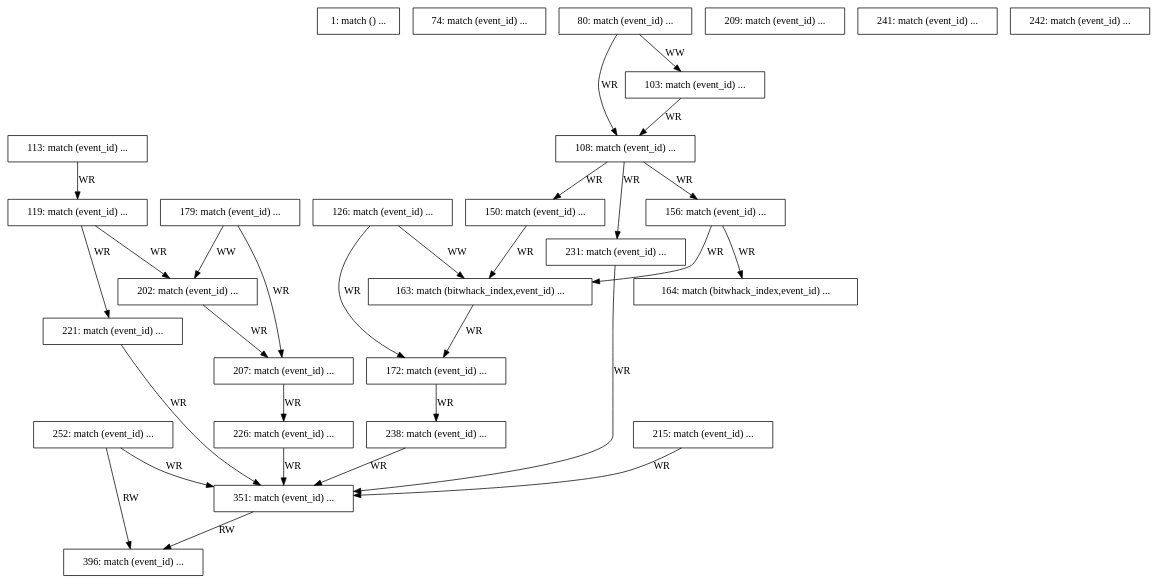
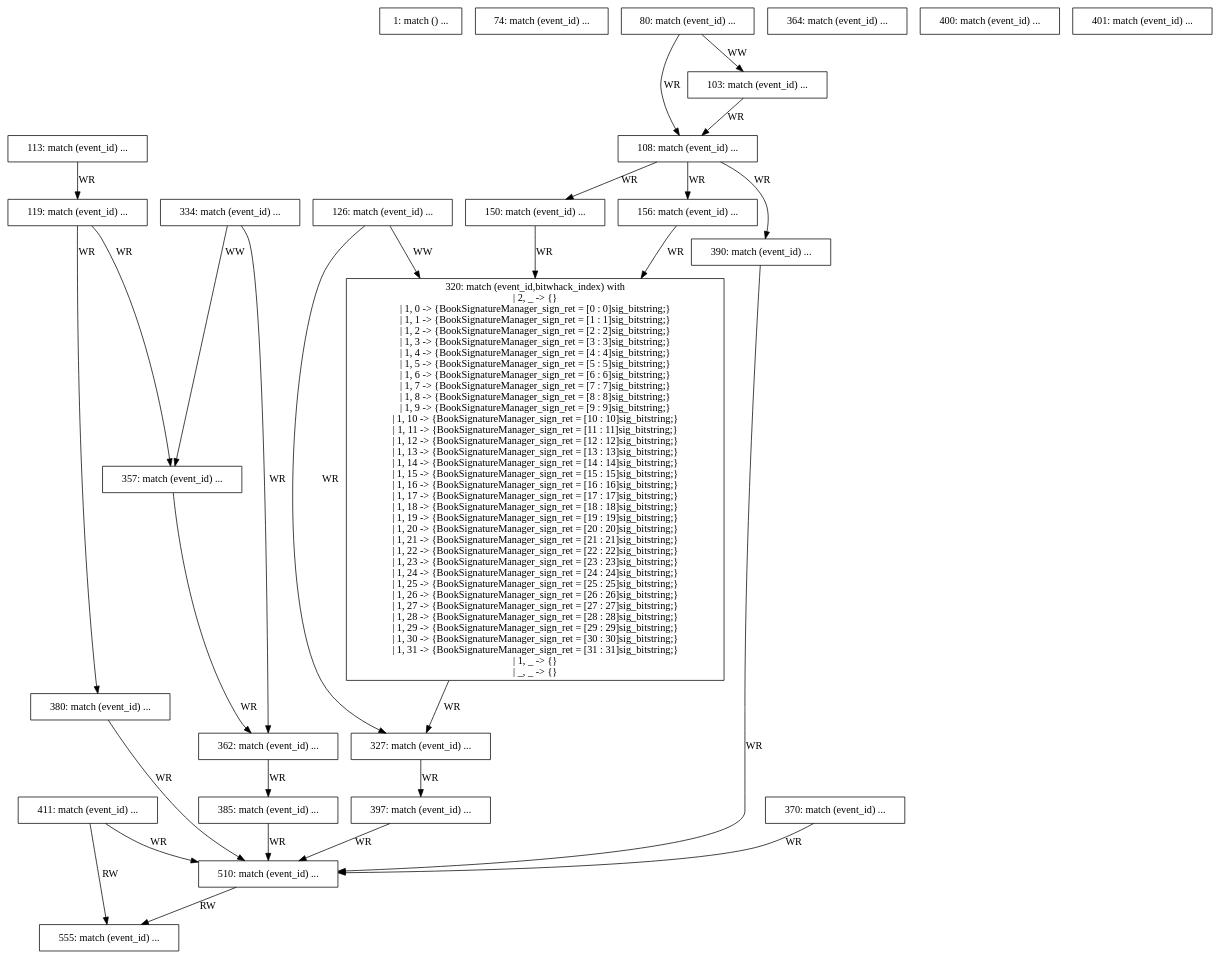
The diagram in target-stress/logs/graphs/dfg.dot (PrincetonUniversity/tango-routing), drawn with Graphviz before and after one commit. The commit also changed 14 other files, not shown here.

```diff
--- a/target-stress/logs/graphs/dfg.dot
+++ b/target-stress/logs/graphs/dfg.dot
@@ -19,39 +19,72 @@
 " [shape=box, ];
   "156: match (event_id) ...
 " [shape=box, ];
-  "163: match (bitwhack_index,event_id) ...
+  "320: match (event_id,bitwhack_index) with
+| 2, _ -> {}
+| 1, 0 -> {BookSignatureManager_sign_ret = [0 : 0]sig_bitstring;}
+| 1, 1 -> {BookSignatureManager_sign_ret = [1 : 1]sig_bitstring;}
+| 1, 2 -> {BookSignatureManager_sign_ret = [2 : 2]sig_bitstring;}
+| 1, 3 -> {BookSignatureManager_sign_ret = [3 : 3]sig_bitstring;}
+| 1, 4 -> {BookSignatureManager_sign_ret = [4 : 4]sig_bitstring;}
+| 1, 5 -> {BookSignatureManager_sign_ret = [5 : 5]sig_bitstring;}
+| 1, 6 -> {BookSignatureManager_sign_ret = [6 : 6]sig_bitstring;}
+| 1, 7 -> {BookSignatureManager_sign_ret = [7 : 7]sig_bitstring;}
+| 1, 8 -> {BookSignatureManager_sign_ret = [8 : 8]sig_bitstring;}
+| 1, 9 -> {BookSignatureManager_sign_ret = [9 : 9]sig_bitstring;}
+| 1, 10 -> {BookSignatureManager_sign_ret = [10 : 10]sig_bitstring;}
+| 1, 11 -> {BookSignatureManager_sign_ret = [11 : 11]sig_bitstring;}
+| 1, 12 -> {BookSignatureManager_sign_ret = [12 : 12]sig_bitstring;}
+| 1, 13 -> {BookSignatureManager_sign_ret = [13 : 13]sig_bitstring;}
+| 1, 14 -> {BookSignatureManager_sign_ret = [14 : 14]sig_bitstring;}
+| 1, 15 -> {BookSignatureManager_sign_ret = [15 : 15]sig_bitstring;}
+| 1, 16 -> {BookSignatureManager_sign_ret = [16 : 16]sig_bitstring;}
+| 1, 17 -> {BookSignatureManager_sign_ret = [17 : 17]sig_bitstring;}
+| 1, 18 -> {BookSignatureManager_sign_ret = [18 : 18]sig_bitstring;}
+| 1, 19 -> {BookSignatureManager_sign_ret = [19 : 19]sig_bitstring;}
+| 1, 20 -> {BookSignatureManager_sign_ret = [20 : 20]sig_bitstring;}
+| 1, 21 -> {BookSignatureManager_sign_ret = [21 : 21]sig_bitstring;}
+| 1, 22 -> {BookSignatureManager_sign_ret = [22 : 22]sig_bitstring;}
+| 1, 23 -> {BookSignatureManager_sign_ret = [23 : 23]sig_bitstring;}
+| 1, 24 -> {BookSignatureManager_sign_ret = [24 : 24]sig_bitstring;}
+| 1, 25 -> {BookSignatureManager_sign_ret = [25 : 25]sig_bitstring;}
+| 1, 26 -> {BookSignatureManager_sign_ret = [26 : 26]sig_bitstring;}
+| 1, 27 -> {BookSignatureManager_sign_ret = [27 : 27]sig_bitstring;}
+| 1, 28 -> {BookSignatureManager_sign_ret = [28 : 28]sig_bitstring;}
+| 1, 29 -> {BookSignatureManager_sign_ret = [29 : 29]sig_bitstring;}
+| 1, 30 -> {BookSignatureManager_sign_ret = [30 : 30]sig_bitstring;}
+| 1, 31 -> {BookSignatureManager_sign_ret = [31 : 31]sig_bitstring;}
+| 1, _ -> {}
+| _, _ -> {}" [
+  shape=box, ];
+  "327: match (event_id) ...
 " [shape=box, ];
-  "164: match (bitwhack_index,event_id) ...
+  "334: match (event_id) ...
 " [shape=box, ];
-  "172: match (event_id) ...
+  "357: match (event_id) ...
 " [shape=box, ];
-  "179: match (event_id) ...
+  "362: match (event_id) ...
 " [shape=box, ];
-  "202: match (event_id) ...
+  "364: match (event_id) ...
 " [shape=box, ];
-  "207: match (event_id) ...
+  "370: match (event_id) ...
 " [shape=box, ];
-  "209: match (event_id) ...
+  "380: match (event_id) ...
 " [shape=box, ];
-  "215: match (event_id) ...
+  "385: match (event_id) ...
 " [shape=box, ];
-  "221: match (event_id) ...
+  "390: match (event_id) ...
 " [shape=box, ];
-  "226: match (event_id) ...
+  "397: match (event_id) ...
 " [shape=box, ];
-  "231: match (event_id) ...
+  "400: match (event_id) ...
 " [shape=box, ];
-  "238: match (event_id) ...
+  "401: match (event_id) ...
 " [shape=box, ];
-  "241: match (event_id) ...
+  "411: match (event_id) ...
 " [shape=box, ];
-  "242: match (event_id) ...
+  "510: match (event_id) ...
 " [shape=box, ];
-  "252: match (event_id) ...
-" [shape=box, ];
-  "351: match (event_id) ...
-" [shape=box, ];
-  "396: match (event_id) ...
+  "555: match (event_id) ...
 " [shape=box, ];
   
   
@@ -71,78 +104,210 @@
 " -> "156: match (event_id) ...
 " [label="WR", ];
   "108: match (event_id) ...
-" -> "231: match (event_id) ...
+" -> "390: match (event_id) ...
 " [label="WR", ];
   "113: match (event_id) ...
 " -> "119: match (event_id) ...
 " [label="WR", ];
   "119: match (event_id) ...
-" -> "202: match (event_id) ...
+" -> "357: match (event_id) ...
 " [label="WR", ];
   "119: match (event_id) ...
-" -> "221: match (event_id) ...
+" -> "380: match (event_id) ...
 " [label="WR", ];
   "126: match (event_id) ...
-" -> "163: match (bitwhack_index,event_id) ...
-" [
+" -> "320: match (event_id,bitwhack_index) with
+| 2, _ -> {}
+| 1, 0 -> {BookSignatureManager_sign_ret = [0 : 0]sig_bitstring;}
+| 1, 1 -> {BookSignatureManager_sign_ret = [1 : 1]sig_bitstring;}
+| 1, 2 -> {BookSignatureManager_sign_ret = [2 : 2]sig_bitstring;}
+| 1, 3 -> {BookSignatureManager_sign_ret = [3 : 3]sig_bitstring;}
+| 1, 4 -> {BookSignatureManager_sign_ret = [4 : 4]sig_bitstring;}
+| 1, 5 -> {BookSignatureManager_sign_ret = [5 : 5]sig_bitstring;}
+| 1, 6 -> {BookSignatureManager_sign_ret = [6 : 6]sig_bitstring;}
+| 1, 7 -> {BookSignatureManager_sign_ret = [7 : 7]sig_bitstring;}
+| 1, 8 -> {BookSignatureManager_sign_ret = [8 : 8]sig_bitstring;}
+| 1, 9 -> {BookSignatureManager_sign_ret = [9 : 9]sig_bitstring;}
+| 1, 10 -> {BookSignatureManager_sign_ret = [10 : 10]sig_bitstring;}
+| 1, 11 -> {BookSignatureManager_sign_ret = [11 : 11]sig_bitstring;}
+| 1, 12 -> {BookSignatureManager_sign_ret = [12 : 12]sig_bitstring;}
+| 1, 13 -> {BookSignatureManager_sign_ret = [13 : 13]sig_bitstring;}
+| 1, 14 -> {BookSignatureManager_sign_ret = [14 : 14]sig_bitstring;}
+| 1, 15 -> {BookSignatureManager_sign_ret = [15 : 15]sig_bitstring;}
+| 1, 16 -> {BookSignatureManager_sign_ret = [16 : 16]sig_bitstring;}
+| 1, 17 -> {BookSignatureManager_sign_ret = [17 : 17]sig_bitstring;}
+| 1, 18 -> {BookSignatureManager_sign_ret = [18 : 18]sig_bitstring;}
+| 1, 19 -> {BookSignatureManager_sign_ret = [19 : 19]sig_bitstring;}
+| 1, 20 -> {BookSignatureManager_sign_ret = [20 : 20]sig_bitstring;}
+| 1, 21 -> {BookSignatureManager_sign_ret = [21 : 21]sig_bitstring;}
+| 1, 22 -> {BookSignatureManager_sign_ret = [22 : 22]sig_bitstring;}
+| 1, 23 -> {BookSignatureManager_sign_ret = [23 : 23]sig_bitstring;}
+| 1, 24 -> {BookSignatureManager_sign_ret = [24 : 24]sig_bitstring;}
+| 1, 25 -> {BookSignatureManager_sign_ret = [25 : 25]sig_bitstring;}
+| 1, 26 -> {BookSignatureManager_sign_ret = [26 : 26]sig_bitstring;}
+| 1, 27 -> {BookSignatureManager_sign_ret = [27 : 27]sig_bitstring;}
+| 1, 28 -> {BookSignatureManager_sign_ret = [28 : 28]sig_bitstring;}
+| 1, 29 -> {BookSignatureManager_sign_ret = [29 : 29]sig_bitstring;}
+| 1, 30 -> {BookSignatureManager_sign_ret = [30 : 30]sig_bitstring;}
+| 1, 31 -> {BookSignatureManager_sign_ret = [31 : 31]sig_bitstring;}
+| 1, _ -> {}
+| _, _ -> {}" [
   label="WW", ];
   "126: match (event_id) ...
-" -> "172: match (event_id) ...
+" -> "327: match (event_id) ...
 " [label="WR", ];
   "150: match (event_id) ...
-" -> "163: match (bitwhack_index,event_id) ...
+" -> "320: match (event_id,bitwhack_index) with
+| 2, _ -> {}
+| 1, 0 -> {BookSignatureManager_sign_ret = [0 : 0]sig_bitstring;}
+| 1, 1 -> {BookSignatureManager_sign_ret = [1 : 1]sig_bitstring;}
+| 1, 2 -> {BookSignatureManager_sign_ret = [2 : 2]sig_bitstring;}
+| 1, 3 -> {BookSignatureManager_sign_ret = [3 : 3]sig_bitstring;}
+| 1, 4 -> {BookSignatureManager_sign_ret = [4 : 4]sig_bitstring;}
+| 1, 5 -> {BookSignatureManager_sign_ret = [5 : 5]sig_bitstring;}
+| 1, 6 -> {BookSignatureManager_sign_ret = [6 : 6]sig_bitstring;}
+| 1, 7 -> {BookSignatureManager_sign_ret = [7 : 7]sig_bitstring;}
+| 1, 8 -> {BookSignatureManager_sign_ret = [8 : 8]sig_bitstring;}
+| 1, 9 -> {BookSignatureManager_sign_ret = [9 : 9]sig_bitstring;}
+| 1, 10 -> {BookSignatureManager_sign_ret = [10 : 10]sig_bitstring;}
+| 1, 11 -> {BookSignatureManager_sign_ret = [11 : 11]sig_bitstring;}
+| 1, 12 -> {BookSignatureManager_sign_ret = [12 : 12]sig_bitstring;}
+| 1, 13 -> {BookSignatureManager_sign_ret = [13 : 13]sig_bitstring;}
+| 1, 14 -> {BookSignatureManager_sign_ret = [14 : 14]sig_bitstring;}
+| 1, 15 -> {BookSignatureManager_sign_ret = [15 : 15]sig_bitstring;}
+| 1, 16 -> {BookSignatureManager_sign_ret = [16 : 16]sig_bitstring;}
+| 1, 17 -> {BookSignatureManager_sign_ret = [17 : 17]sig_bitstring;}
+| 1, 18 -> {BookSignatureManager_sign_ret = [18 : 18]sig_bitstring;}
+| 1, 19 -> {BookSignatureManager_sign_ret = [19 : 19]sig_bitstring;}
+| 1, 20 -> {BookSignatureManager_sign_ret = [20 : 20]sig_bitstring;}
+| 1, 21 -> {BookSignatureManager_sign_ret = [21 : 21]sig_bitstring;}
+| 1, 22 -> {BookSignatureManager_sign_ret = [22 : 22]sig_bitstring;}
+| 1, 23 -> {BookSignatureManager_sign_ret = [23 : 23]sig_bitstring;}
+| 1, 24 -> {BookSignatureManager_sign_ret = [24 : 24]sig_bitstring;}
+| 1, 25 -> {BookSignatureManager_sign_ret = [25 : 25]sig_bitstring;}
+| 1, 26 -> {BookSignatureManager_sign_ret = [26 : 26]sig_bitstring;}
+| 1, 27 -> {BookSignatureManager_sign_ret = [27 : 27]sig_bitstring;}
+| 1, 28 -> {BookSignatureManager_sign_ret = [28 : 28]sig_bitstring;}
+| 1, 29 -> {BookSignatureManager_sign_ret = [29 : 29]sig_bitstring;}
+| 1, 30 -> {BookSignatureManager_sign_ret = [30 : 30]sig_bitstring;}
+| 1, 31 -> {BookSignatureManager_sign_ret = [31 : 31]sig_bitstring;}
+| 1, _ -> {}
+| _, _ -> {}" [
+  label="WR", ];
+  "156: match (event_id) ...
+" -> "320: match (event_id,bitwhack_index) with
+| 2, _ -> {}
+| 1, 0 -> {BookSignatureManager_sign_ret = [0 : 0]sig_bitstring;}
+| 1, 1 -> {BookSignatureManager_sign_ret = [1 : 1]sig_bitstring;}
+| 1, 2 -> {BookSignatureManager_sign_ret = [2 : 2]sig_bitstring;}
+| 1, 3 -> {BookSignatureManager_sign_ret = [3 : 3]sig_bitstring;}
+| 1, 4 -> {BookSignatureManager_sign_ret = [4 : 4]sig_bitstring;}
+| 1, 5 -> {BookSignatureManager_sign_ret = [5 : 5]sig_bitstring;}
+| 1, 6 -> {BookSignatureManager_sign_ret = [6 : 6]sig_bitstring;}
+| 1, 7 -> {BookSignatureManager_sign_ret = [7 : 7]sig_bitstring;}
+| 1, 8 -> {BookSignatureManager_sign_ret = [8 : 8]sig_bitstring;}
+| 1, 9 -> {BookSignatureManager_sign_ret = [9 : 9]sig_bitstring;}
+| 1, 10 -> {BookSignatureManager_sign_ret = [10 : 10]sig_bitstring;}
+| 1, 11 -> {BookSignatureManager_sign_ret = [11 : 11]sig_bitstring;}
+| 1, 12 -> {BookSignatureManager_sign_ret = [12 : 12]sig_bitstring;}
+| 1, 13 -> {BookSignatureManager_sign_ret = [13 : 13]sig_bitstring;}
+| 1, 14 -> {BookSignatureManager_sign_ret = [14 : 14]sig_bitstring;}
+| 1, 15 -> {BookSignatureManager_sign_ret = [15 : 15]sig_bitstring;}
+| 1, 16 -> {BookSignatureManager_sign_ret = [16 : 16]sig_bitstring;}
+| 1, 17 -> {BookSignatureManager_sign_ret = [17 : 17]sig_bitstring;}
+| 1, 18 -> {BookSignatureManager_sign_ret = [18 : 18]sig_bitstring;}
+| 1, 19 -> {BookSignatureManager_sign_ret = [19 : 19]sig_bitstring;}
+| 1, 20 -> {BookSignatureManager_sign_ret = [20 : 20]sig_bitstring;}
+| 1, 21 -> {BookSignatureManager_sign_ret = [21 : 21]sig_bitstring;}
+| 1, 22 -> {BookSignatureManager_sign_ret = [22 : 22]sig_bitstring;}
+| 1, 23 -> {BookSignatureManager_sign_ret = [23 : 23]sig_bitstring;}
+| 1, 24 -> {BookSignatureManager_sign_ret = [24 : 24]sig_bitstring;}
+| 1, 25 -> {BookSignatureManager_sign_ret = [25 : 25]sig_bitstring;}
+| 1, 26 -> {BookSignatureManager_sign_ret = [26 : 26]sig_bitstring;}
+| 1, 27 -> {BookSignatureManager_sign_ret = [27 : 27]sig_bitstring;}
+| 1, 28 -> {BookSignatureManager_sign_ret = [28 : 28]sig_bitstring;}
+| 1, 29 -> {BookSignatureManager_sign_ret = [29 : 29]sig_bitstring;}
+| 1, 30 -> {BookSignatureManager_sign_ret = [30 : 30]sig_bitstring;}
+| 1, 31 -> {BookSignatureManager_sign_ret = [31 : 31]sig_bitstring;}
+| 1, _ -> {}
+| _, _ -> {}" [
+  label="WR", ];
+  "320: match (event_id,bitwhack_index) with
+| 2, _ -> {}
+| 1, 0 -> {BookSignatureManager_sign_ret = [0 : 0]sig_bitstring;}
+| 1, 1 -> {BookSignatureManager_sign_ret = [1 : 1]sig_bitstring;}
+| 1, 2 -> {BookSignatureManager_sign_ret = [2 : 2]sig_bitstring;}
+| 1, 3 -> {BookSignatureManager_sign_ret = [3 : 3]sig_bitstring;}
+| 1, 4 -> {BookSignatureManager_sign_ret = [4 : 4]sig_bitstring;}
+| 1, 5 -> {BookSignatureManager_sign_ret = [5 : 5]sig_bitstring;}
+| 1, 6 -> {BookSignatureManager_sign_ret = [6 : 6]sig_bitstring;}
+| 1, 7 -> {BookSignatureManager_sign_ret = [7 : 7]sig_bitstring;}
+| 1, 8 -> {BookSignatureManager_sign_ret = [8 : 8]sig_bitstring;}
+| 1, 9 -> {BookSignatureManager_sign_ret = [9 : 9]sig_bitstring;}
+| 1, 10 -> {BookSignatureManager_sign_ret = [10 : 10]sig_bitstring;}
+| 1, 11 -> {BookSignatureManager_sign_ret = [11 : 11]sig_bitstring;}
+| 1, 12 -> {BookSignatureManager_sign_ret = [12 : 12]sig_bitstring;}
+| 1, 13 -> {BookSignatureManager_sign_ret = [13 : 13]sig_bitstring;}
+| 1, 14 -> {BookSignatureManager_sign_ret = [14 : 14]sig_bitstring;}
+| 1, 15 -> {BookSignatureManager_sign_ret = [15 : 15]sig_bitstring;}
+| 1, 16 -> {BookSignatureManager_sign_ret = [16 : 16]sig_bitstring;}
+| 1, 17 -> {BookSignatureManager_sign_ret = [17 : 17]sig_bitstring;}
+| 1, 18 -> {BookSignatureManager_sign_ret = [18 : 18]sig_bitstring;}
+| 1, 19 -> {BookSignatureManager_sign_ret = [19 : 19]sig_bitstring;}
+| 1, 20 -> {BookSignatureManager_sign_ret = [20 : 20]sig_bitstring;}
+| 1, 21 -> {BookSignatureManager_sign_ret = [21 : 21]sig_bitstring;}
+| 1, 22 -> {BookSignatureManager_sign_ret = [22 : 22]sig_bitstring;}
+| 1, 23 -> {BookSignatureManager_sign_ret = [23 : 23]sig_bitstring;}
+| 1, 24 -> {BookSignatureManager_sign_ret = [24 : 24]sig_bitstring;}
+| 1, 25 -> {BookSignatureManager_sign_ret = [25 : 25]sig_bitstring;}
+| 1, 26 -> {BookSignatureManager_sign_ret = [26 : 26]sig_bitstring;}
+| 1, 27 -> {BookSignatureManager_sign_ret = [27 : 27]sig_bitstring;}
+| 1, 28 -> {BookSignatureManager_sign_ret = [28 : 28]sig_bitstring;}
+| 1, 29 -> {BookSignatureManager_sign_ret = [29 : 29]sig_bitstring;}
+| 1, 30 -> {BookSignatureManager_sign_ret = [30 : 30]sig_bitstring;}
+| 1, 31 -> {BookSignatureManager_sign_ret = [31 : 31]sig_bitstring;}
+| 1, _ -> {}
+| _, _ -> {}" -> "327: match (event_id) ...
 " [
   label="WR", ];
-  "156: match (event_id) ...
-" -> "163: match (bitwhack_index,event_id) ...
-" [
-  label="WR", ];
-  "156: match (event_id) ...
-" -> "164: match (bitwhack_index,event_id) ...
-" [
-  label="WR", ];
-  "163: match (bitwhack_index,event_id) ...
-" -> "172: match (event_id) ...
-" [
-  label="WR", ];
-  "172: match (event_id) ...
-" -> "238: match (event_id) ...
+  "327: match (event_id) ...
+" -> "397: match (event_id) ...
 " [label="WR", ];
-  "179: match (event_id) ...
-" -> "202: match (event_id) ...
+  "334: match (event_id) ...
+" -> "357: match (event_id) ...
 " [label="WW", ];
-  "179: match (event_id) ...
-" -> "207: match (event_id) ...
+  "334: match (event_id) ...
+" -> "362: match (event_id) ...
 " [label="WR", ];
-  "202: match (event_id) ...
-" -> "207: match (event_id) ...
+  "357: match (event_id) ...
+" -> "362: match (event_id) ...
 " [label="WR", ];
-  "207: match (event_id) ...
-" -> "226: match (event_id) ...
+  "362: match (event_id) ...
+" -> "385: match (event_id) ...
 " [label="WR", ];
-  "215: match (event_id) ...
-" -> "351: match (event_id) ...
+  "370: match (event_id) ...
+" -> "510: match (event_id) ...
 " [label="WR", ];
-  "221: match (event_id) ...
-" -> "351: match (event_id) ...
+  "380: match (event_id) ...
+" -> "510: match (event_id) ...
 " [label="WR", ];
-  "226: match (event_id) ...
-" -> "351: match (event_id) ...
+  "385: match (event_id) ...
+" -> "510: match (event_id) ...
 " [label="WR", ];
-  "231: match (event_id) ...
-" -> "351: match (event_id) ...
+  "390: match (event_id) ...
+" -> "510: match (event_id) ...
 " [label="WR", ];
-  "238: match (event_id) ...
-" -> "351: match (event_id) ...
+  "397: match (event_id) ...
+" -> "510: match (event_id) ...
 " [label="WR", ];
-  "252: match (event_id) ...
-" -> "351: match (event_id) ...
+  "411: match (event_id) ...
+" -> "510: match (event_id) ...
 " [label="WR", ];
-  "252: match (event_id) ...
-" -> "396: match (event_id) ...
+  "411: match (event_id) ...
+" -> "555: match (event_id) ...
 " [label="RW", ];
-  "351: match (event_id) ...
-" -> "396: match (event_id) ...
+  "510: match (event_id) ...
+" -> "555: match (event_id) ...
 " [label="RW", ];
   
   }
```
